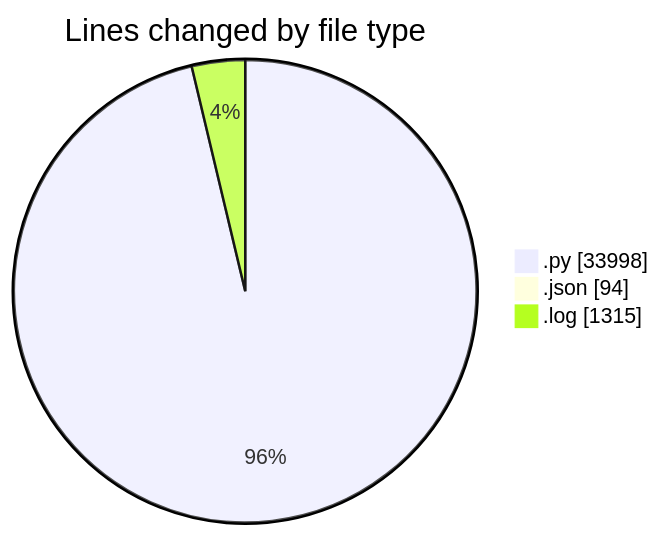
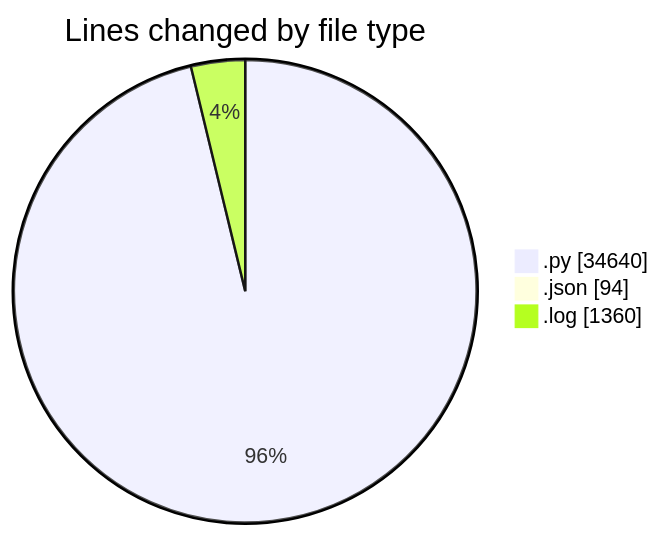
One commit to jrari/code-tracking changed the first of 2 diagrams in 2025-07-14/telebot/README.md. Above: the diagram before and after it, drawn with Mermaid. The commit also changed other lines of this file and 1 other file, not shown here.

````diff
--- a/2025-07-14/telebot/README.md
+++ b/2025-07-14/telebot/README.md
@@ -58,7 +59,7 @@
 ```mermaid
 pie showData
 title Lines changed by file type
-".py" : 33998
+".py" : 34640
 ".json" : 94
-".log" : 1315
+".log" : 1360
 ```
````
